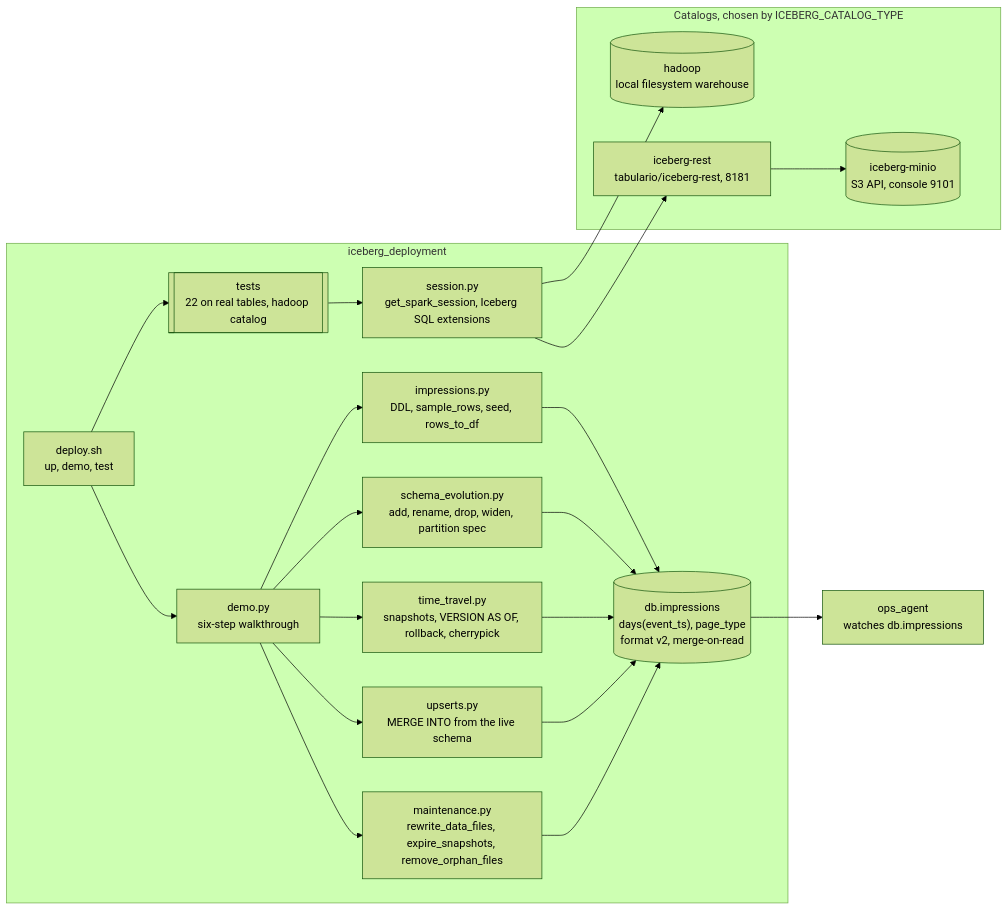
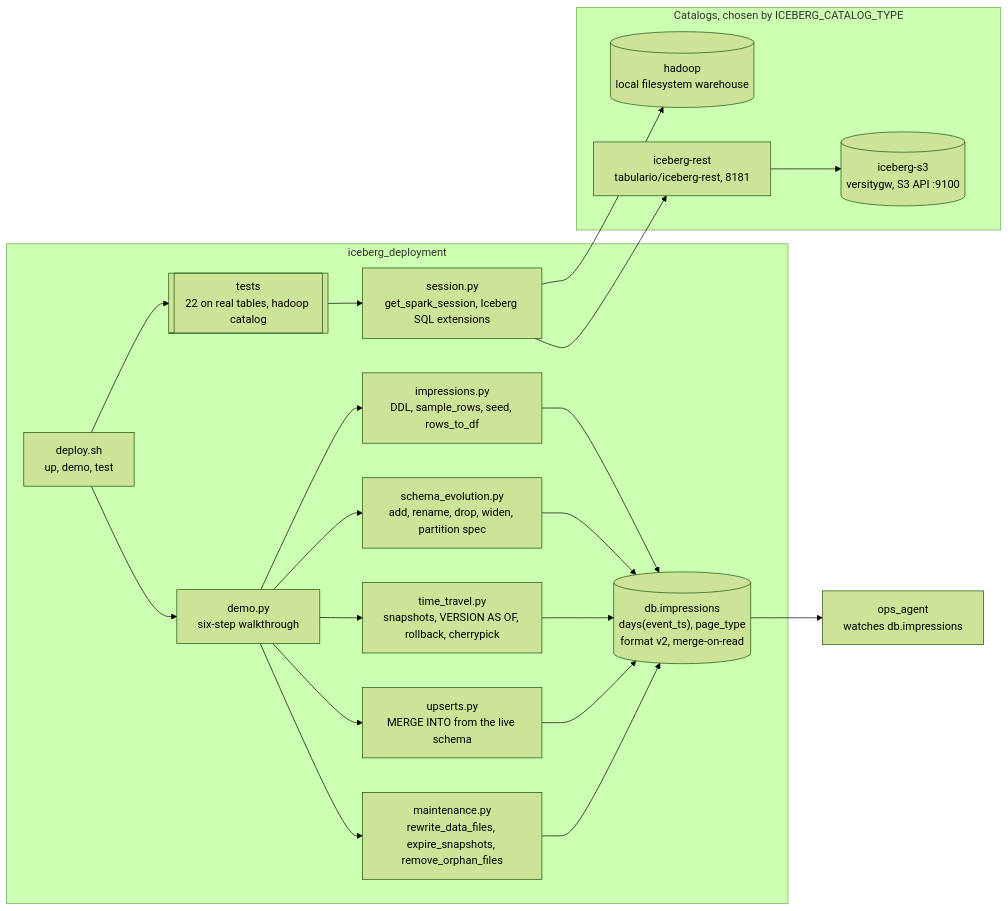
Before and after one commit to rubinder/data_processing: the diagram in iceberg_deployment/README.md, drawn with Mermaid (forest theme). The commit also changed other lines of this file and 30 other files, not shown here.

First line of the commit message:
Add trino_deployment: federated SQL over the Iceberg REST catalog and the dbt PostgreSQL through the stage roles

````diff
--- a/iceberg_deployment/README.md
+++ b/iceberg_deployment/README.md
@@ -25,37 +25,37 @@
 ```mermaid
 flowchart LR
     subgraph module["iceberg_deployment"]
         session["session.py<br/>get_spark_session, Iceberg SQL extensions"]
         table[("db.impressions<br/>days(event_ts), page_type<br/>format v2, merge-on-read")]
         imp["impressions.py<br/>DDL, sample_rows, seed, rows_to_df"]
         evo["schema_evolution.py<br/>add, rename, drop, widen, partition spec"]
         tt["time_travel.py<br/>snapshots, VERSION AS OF, rollback, cherrypick"]
         up["upserts.py<br/>MERGE INTO from the live schema"]
         maint["maintenance.py<br/>rewrite_data_files, expire_snapshots, remove_orphan_files"]
         demo["demo.py<br/>six-step walkthrough"]
         tests[["tests<br/>22 on real tables, hadoop catalog"]]
         deploy["deploy.sh<br/>up, demo, test"]
     end
     subgraph catalogs["Catalogs, chosen by ICEBERG_CATALOG_TYPE"]
         hadoop[("hadoop<br/>local filesystem warehouse")]
         rest["iceberg-rest<br/>tabulario/iceberg-rest, 8181"]
-        minio[("iceberg-minio<br/>S3 API, console 9101")]
+        s3[("iceberg-s3<br/>versitygw, S3 API :9100")]
     end
     ops["ops_agent<br/>watches db.impressions"]
     deploy --> demo
     deploy --> tests
     session --> hadoop
-    session --> rest --> minio
+    session --> rest --> s3
     imp --> table
     demo --> imp
     demo --> evo
     demo --> tt
     demo --> up
     demo --> maint
     evo --> table
     tt --> table
     up --> table
     maint --> table
     tests --> session
     table --> ops
 ```
````
